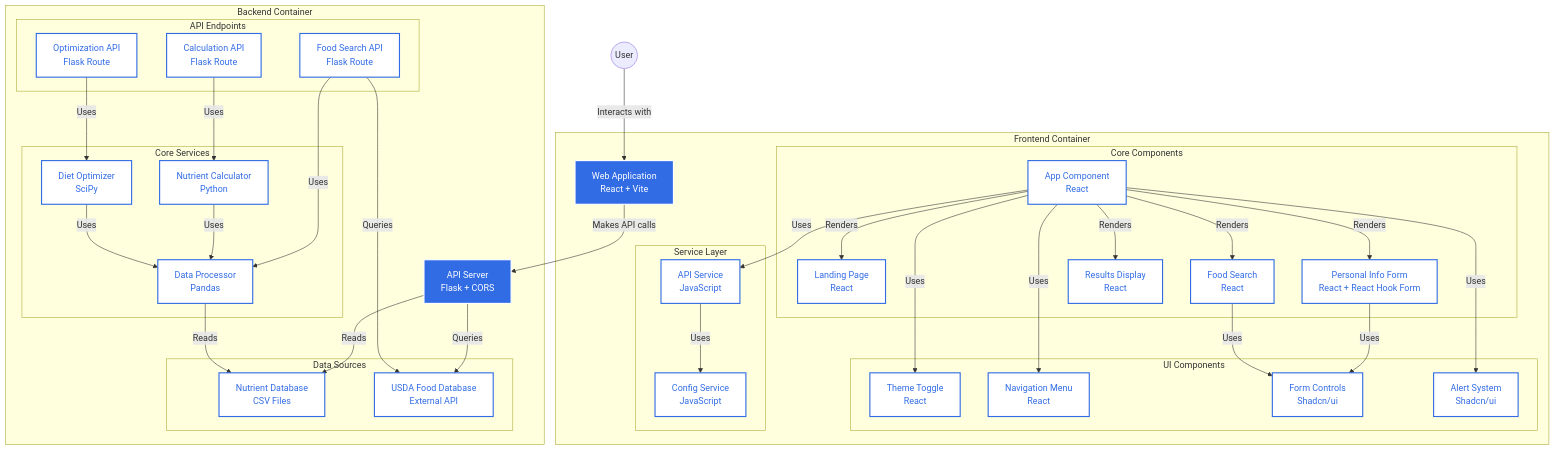
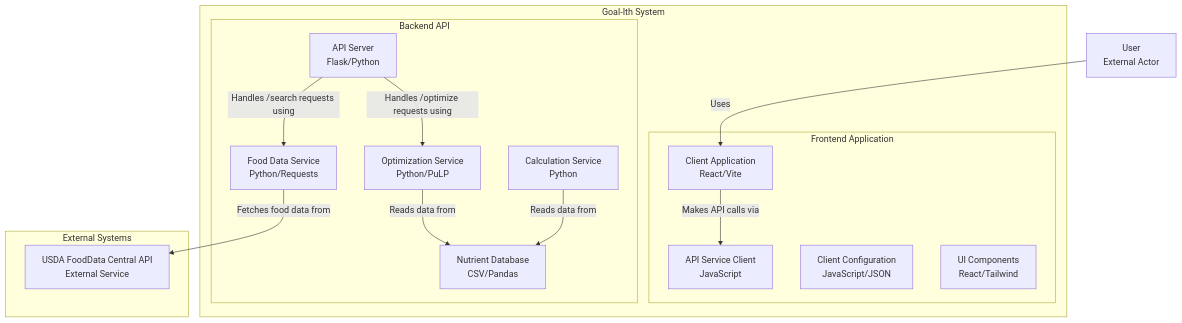
One commit to ArmaanjeetSandhu/knapsnack changed the diagram in README.md. Above: the diagram before and after it, drawn with Mermaid. The commit also changed other lines of this file and 4 other files, not shown here.

````diff
--- a/README.md
+++ b/README.md
@@ -9,83 +9,32 @@
 ```mermaid
-graph TB
-    User((User))
-
-    subgraph "Frontend Container"
-        WebApp["Web Application<br>React + Vite"]
-
-        subgraph "Core Components"
-            AppComponent["App Component<br>React"]
-            LandingPage["Landing Page<br>React"]
-            PersonalForm["Personal Info Form<br>React + React Hook Form"]
-            FoodSearchComp["Food Search<br>React"]
-            ResultsComp["Results Display<br>React"]
+graph TD
+    985["User<br>External Actor"]
+    subgraph 981["External Systems"]
+        995["USDA FoodData Central API<br>External Service"]
+    end
+    subgraph 982["Goal-Ith System"]
+        subgraph 983["Backend API"]
+            990["API Server<br>Flask/Python"]
+            991["Calculation Service<br>Python"]
+            992["Optimization Service<br>Python/PuLP"]
+            993["Food Data Service<br>Python/Requests"]
+            994["Nutrient Database<br>CSV/Pandas"]
+            %% Edges at this level (grouped by source)
+            990["API Server<br>Flask/Python"] -->|Handles /optimize requests using| 992["Optimization Service<br>Python/PuLP"]
+            990["API Server<br>Flask/Python"] -->|Handles /search requests using| 993["Food Data Service<br>Python/Requests"]
+            991["Calculation Service<br>Python"] -->|Reads data from| 994["Nutrient Database<br>CSV/Pandas"]
+            992["Optimization Service<br>Python/PuLP"] -->|Reads data from| 994["Nutrient Database<br>CSV/Pandas"]
         end
-
-        subgraph "UI Components"
-            ThemeToggle["Theme Toggle<br>React"]
-            Navigation["Navigation Menu<br>React"]
-            Forms["Form Controls<br>Shadcn/ui"]
-            Alerts["Alert System<br>Shadcn/ui"]
-        end
-
-        subgraph "Service Layer"
-            APIService["API Service<br>JavaScript"]
-            ConfigService["Config Service<br>JavaScript"]
+        subgraph 984["Frontend Application"]
+            986["Client Application<br>React/Vite"]
+            987["API Service Client<br>JavaScript"]
+            988["Client Configuration<br>JavaScript/JSON"]
+            989["UI Components<br>React/Tailwind"]
+            %% Edges at this level (grouped by source)
+            986["Client Application<br>React/Vite"] -->|Makes API calls via| 987["API Service Client<br>JavaScript"]
         end
     end
-
-    subgraph "Backend Container"
-        FlaskServer["API Server<br>Flask + CORS"]
-
-        subgraph "API Endpoints"
-            SearchEndpoint["Food Search API<br>Flask Route"]
-            CalcEndpoint["Calculation API<br>Flask Route"]
-            OptimizeEndpoint["Optimization API<br>Flask Route"]
-        end
-
-        subgraph "Core Services"
-            NutrientCalc["Nutrient Calculator<br>Python"]
-            DietOptimizer["Diet Optimizer<br>SciPy"]
-            DataProcessor["Data Processor<br>Pandas"]
-        end
-
-        subgraph "Data Sources"
-            NutrientDB["Nutrient Database<br>CSV Files"]
-            USDAAPI["USDA Food Database<br>External API"]
-        end
-    end
-
-    %% Container Level Relationships
-    User -->|"Interacts with"| WebApp
-    WebApp -->|"Makes API calls"| FlaskServer
-    FlaskServer -->|"Queries"| USDAAPI
-    FlaskServer -->|"Reads"| NutrientDB
-
-    %% Frontend Component Relationships
-    AppComponent -->|"Renders"| LandingPage
-    AppComponent -->|"Renders"| PersonalForm
-    AppComponent -->|"Renders"| FoodSearchComp
-    AppComponent -->|"Renders"| ResultsComp
-    AppComponent -->|"Uses"| Navigation
-    AppComponent -->|"Uses"| ThemeToggle
-    AppComponent -->|"Uses"| Alerts
-    PersonalForm -->|"Uses"| Forms
-    FoodSearchComp -->|"Uses"| Forms
-    APIService -->|"Uses"| ConfigService
-    AppComponent -->|"Uses"| APIService
-
-    %% Backend Component Relationships
-    SearchEndpoint -->|"Uses"| DataProcessor
-    CalcEndpoint -->|"Uses"| NutrientCalc
-    OptimizeEndpoint -->|"Uses"| DietOptimizer
-    NutrientCalc -->|"Uses"| DataProcessor
-    DietOptimizer -->|"Uses"| DataProcessor
-    DataProcessor -->|"Reads"| NutrientDB
-    SearchEndpoint -->|"Queries"| USDAAPI
-
-    classDef container fill:#326ce5,stroke:#fff,stroke-width:2px,color:#fff
-    classDef component fill:#fff,stroke:#326ce5,stroke-width:2px,color:#326ce5
-
-    class WebApp,FlaskServer container
-    class AppComponent,LandingPage,PersonalForm,FoodSearchComp,ResultsComp,ThemeToggle,Navigation,Forms,Alerts,APIService,ConfigService,SearchEndpoint,CalcEndpoint,OptimizeEndpoint,NutrientCalc,DietOptimizer,DataProcessor,NutrientDB,USDAAPI component
+    %% Edges at this level (grouped by source)
+    985["User<br>External Actor"] -->|Uses| 986["Client Application<br>React/Vite"]
+    993["Food Data Service<br>Python/Requests"] -->|Fetches food data from| 995["USDA FoodData Central API<br>External Service"]
 ```
````
